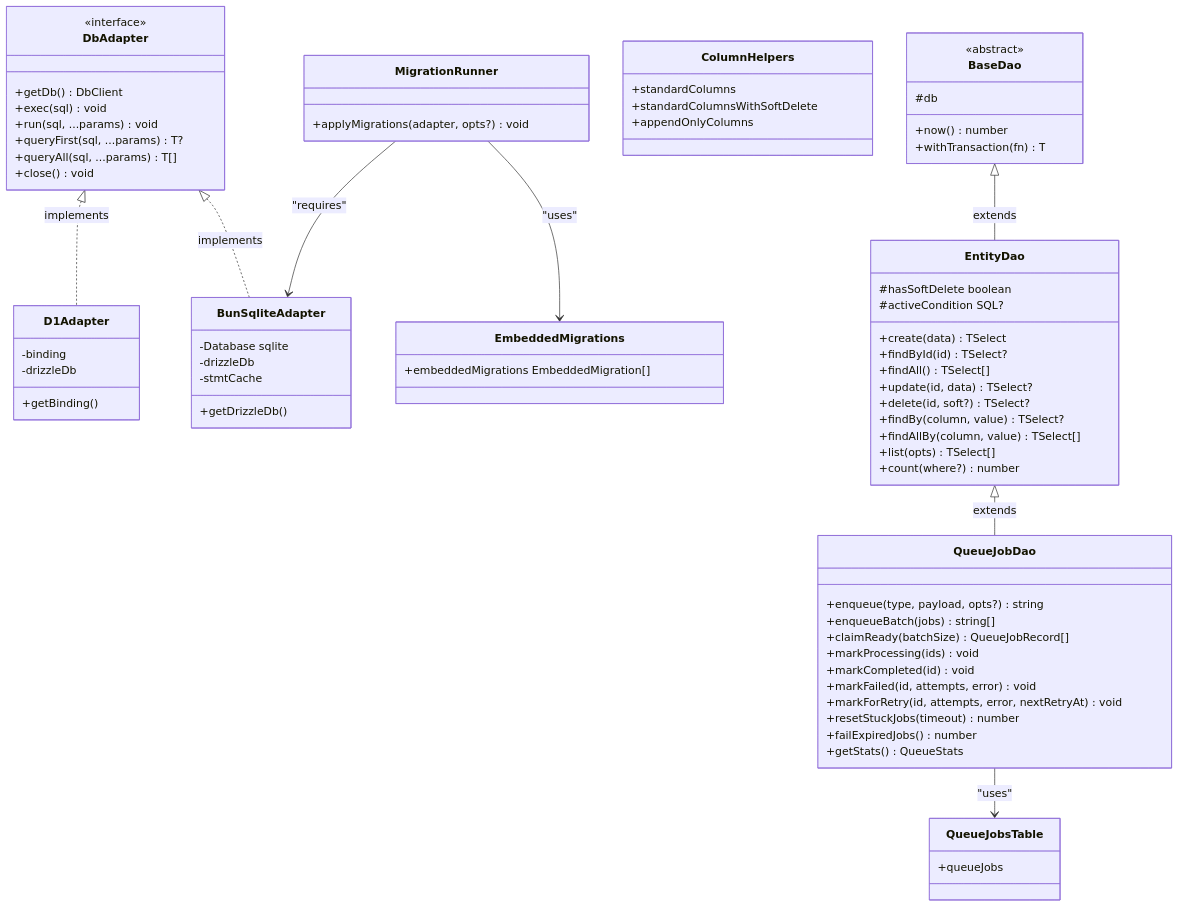
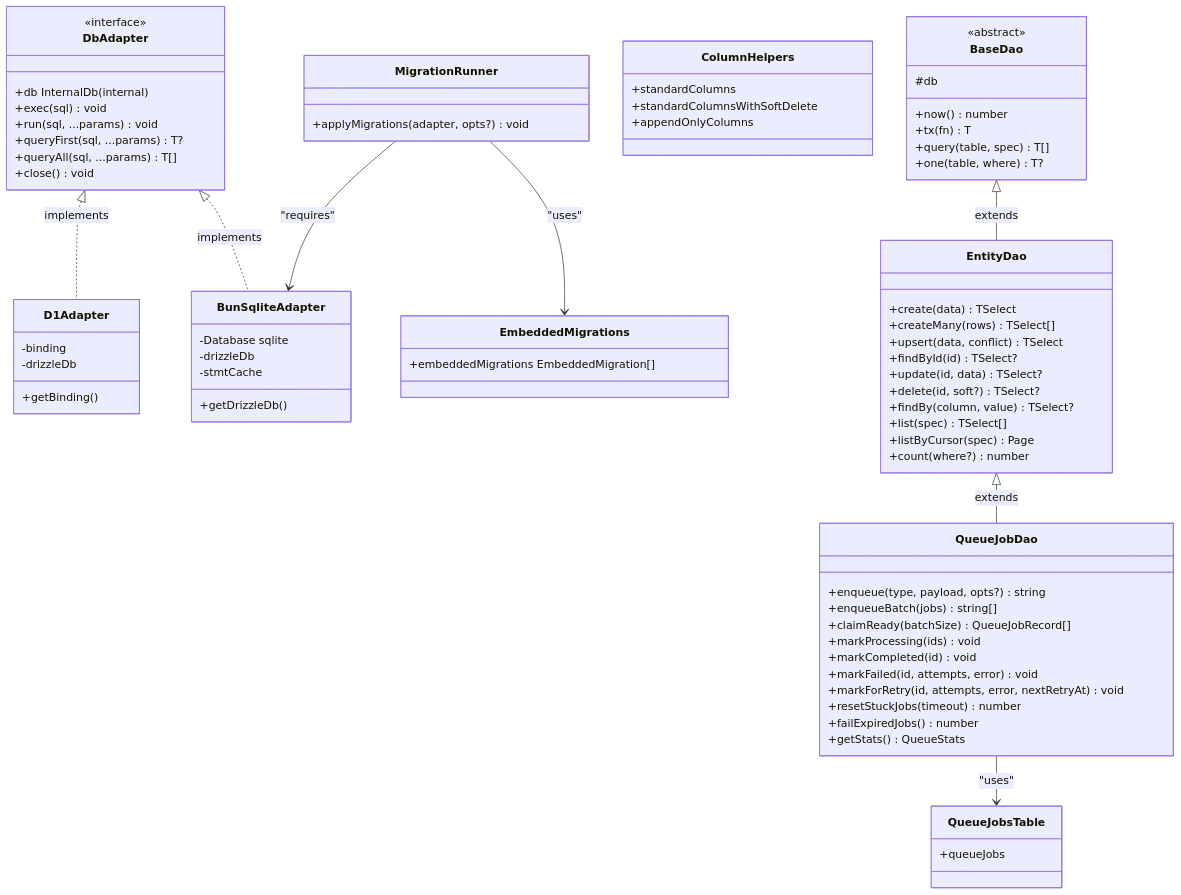
One commit to gobing-ai/ts-libs changed the diagram in packages/db/README.md. Above: the diagram before and after it, drawn with Mermaid. The commit also changed other lines of this file and 1 other file, not shown here.

```diff
--- a/packages/db/README.md
+++ b/packages/db/README.md
@@ -24,7 +46,7 @@
 classDiagram
     class DbAdapter {
         <<interface>>
-        +getDb() DbClient
+        +db InternalDb (internal)
         +exec(sql) void
         +run(sql, ...params) void
         +queryFirst(sql, ...params) T?
@@ -49,21 +71,22 @@
         <<abstract>>
         #db
         +now() number
-        +withTransaction(fn) T
+        +tx(fn) T
+        +query(table, spec) T[]
+        +one(table, where) T?
     }
 
     class EntityDao {
         +create(data) TSelect
+        +createMany(rows) TSelect[]
+        +upsert(data, conflict) TSelect
         +findById(id) TSelect?
-        +findAll() TSelect[]
         +update(id, data) TSelect?
         +delete(id, soft?) TSelect?
         +findBy(column, value) TSelect?
-        +findAllBy(column, value) TSelect[]
-        +list(opts) TSelect[]
+        +list(spec) TSelect[]
+        +listByCursor(spec) Page
         +count(where?) number
-        #hasSoftDelete boolean
-        #activeCondition SQL?
     }
 
     class QueueJobDao {
```
